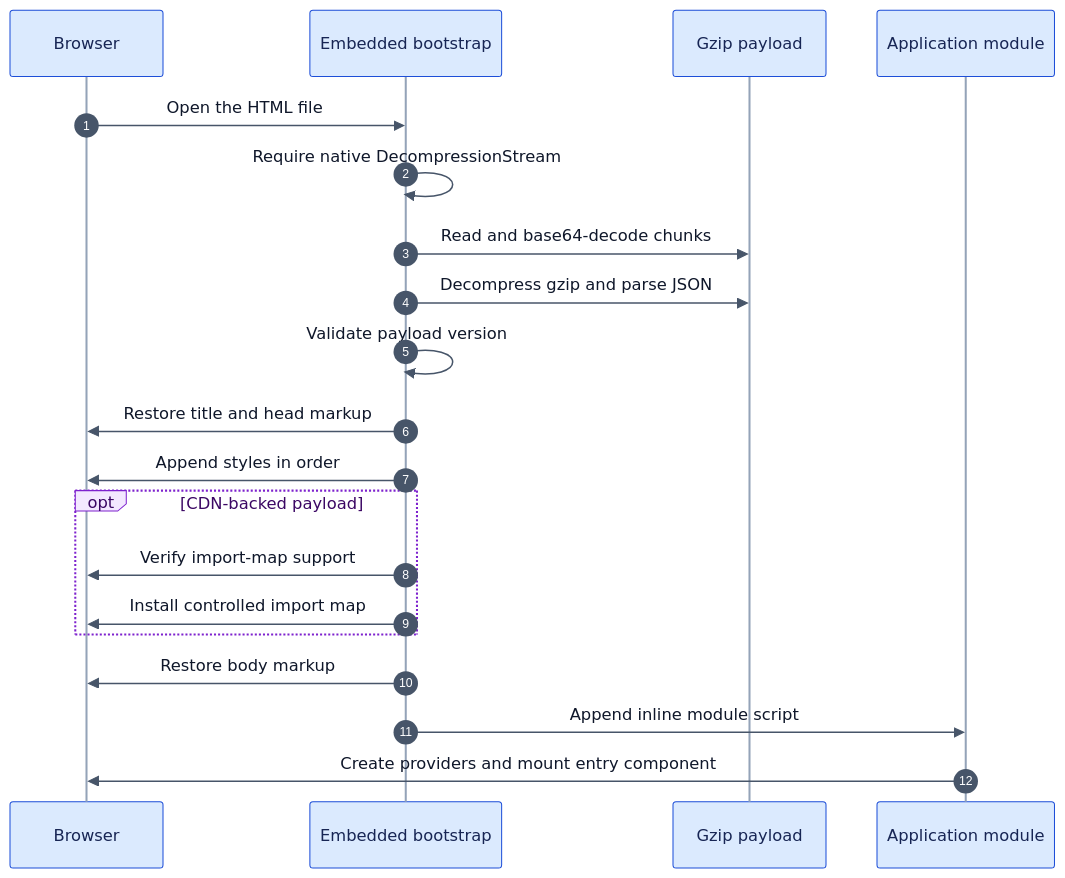
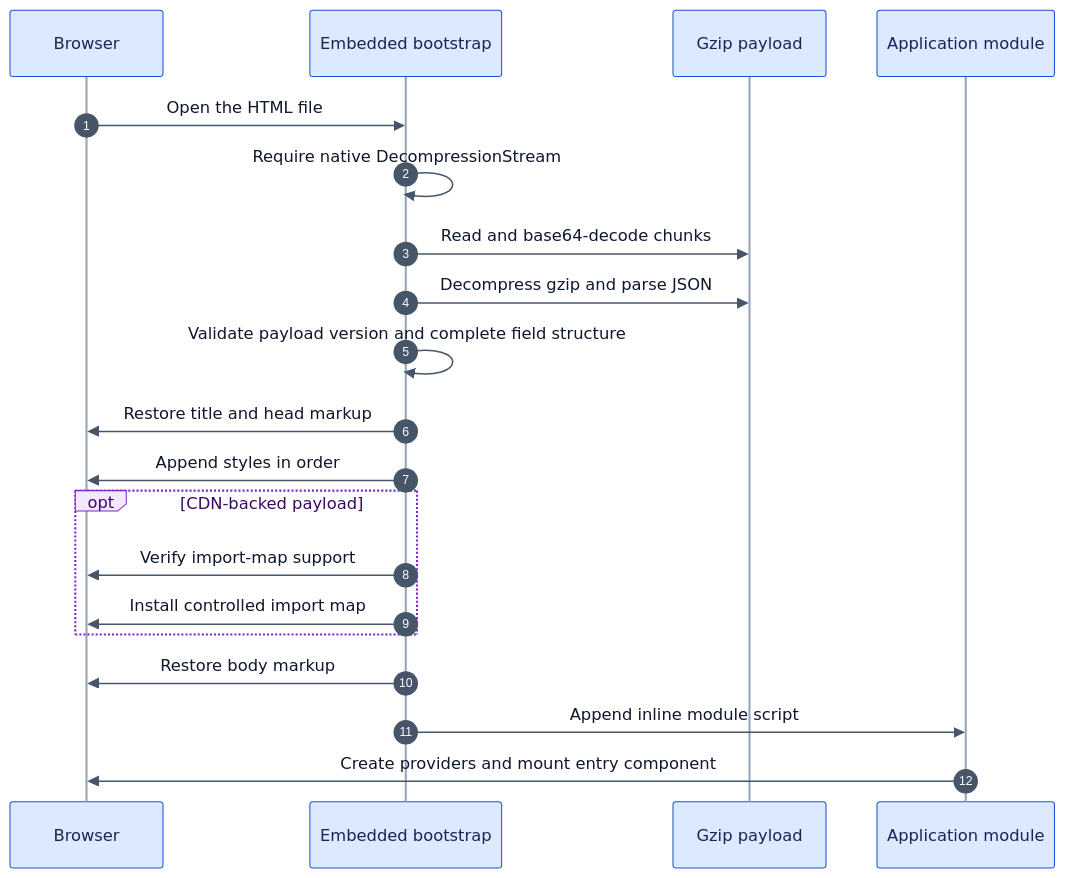
Before and after one commit to sirawats/yolojsx: the second of 2 diagrams in docs/rtifact-html-build.md, drawn with Mermaid. The commit also changed other lines of this file and 40 other files, not shown here.

````diff
--- a/docs/rtifact-html-build.md
+++ b/docs/rtifact-html-build.md
@@ -403,27 +449,27 @@
 ```mermaid
 %%{init: {"theme":"base","themeVariables":{"background":"#FFFFFF","actorBkg":"#DBEAFE","actorBorder":"#1D4ED8","actorTextColor":"#172554","actorLineColor":"#94A3B8","signalColor":"#475569","signalTextColor":"#0F172A","labelBoxBkgColor":"#F3E8FF","labelBoxBorderColor":"#7E22CE","labelTextColor":"#3B0764","loopTextColor":"#3B0764","activationBorderColor":"#0F766E","activationBkgColor":"#CCFBF1","noteBkgColor":"#FEF3C7","noteBorderColor":"#B45309","noteTextColor":"#451A03","fontFamily":"Inter, ui-sans-serif, system-ui, sans-serif"}}}%%
 sequenceDiagram
     accTitle: Portable HTML browser startup
     accDescr: The embedded bootstrap restores the compressed payload in dependency order before the application runtime mounts the entry component.
     autonumber
 
     participant Browser
     participant Bootstrap as Embedded bootstrap
     participant Payload as Gzip payload
     participant Runtime as Application module
 
     Browser->>Bootstrap: Open the HTML file
     Bootstrap->>Bootstrap: Require native DecompressionStream
     Bootstrap->>Payload: Read and base64-decode chunks
     Bootstrap->>Payload: Decompress gzip and parse JSON
-    Bootstrap->>Bootstrap: Validate payload version
+    Bootstrap->>Bootstrap: Validate payload version and complete field structure
     Bootstrap->>Browser: Restore title and head markup
     Bootstrap->>Browser: Append styles in order
     opt CDN-backed payload
         Bootstrap->>Browser: Verify import-map support
         Bootstrap->>Browser: Install controlled import map
     end
     Bootstrap->>Browser: Restore body markup
     Bootstrap->>Runtime: Append inline module script
     Runtime->>Browser: Create providers and mount entry component
 ```
````
